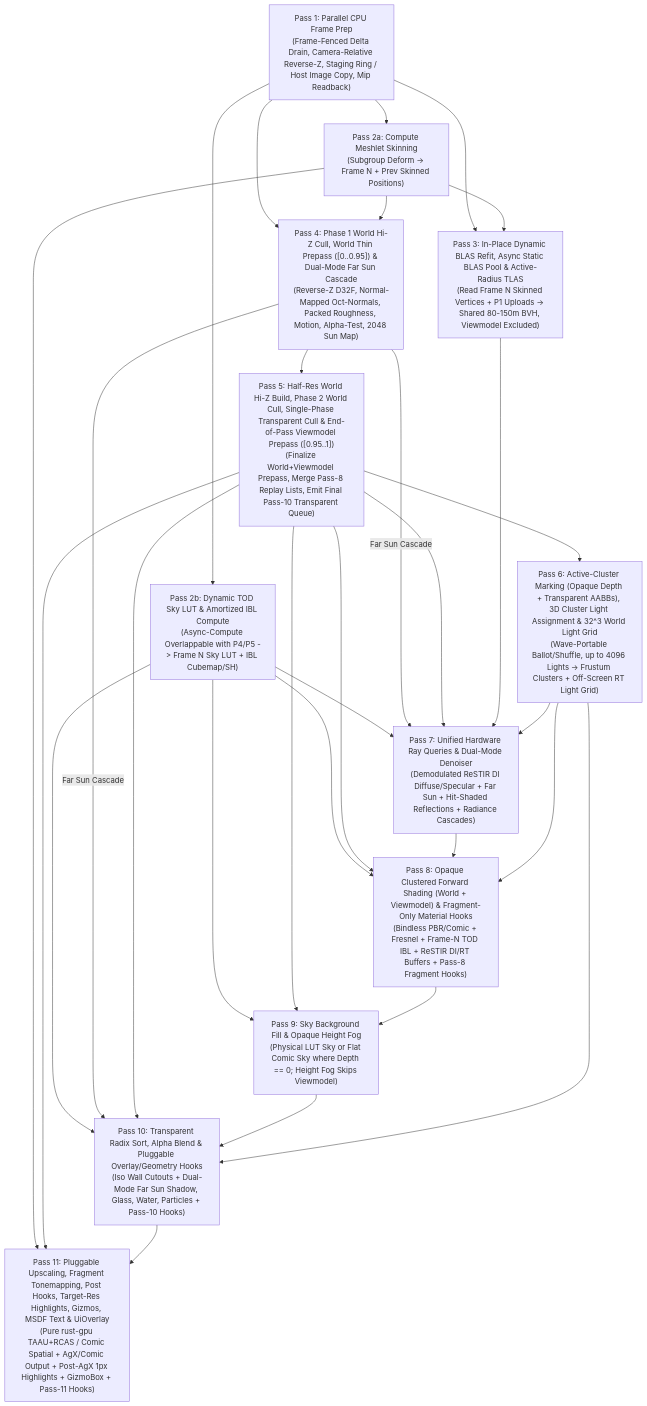
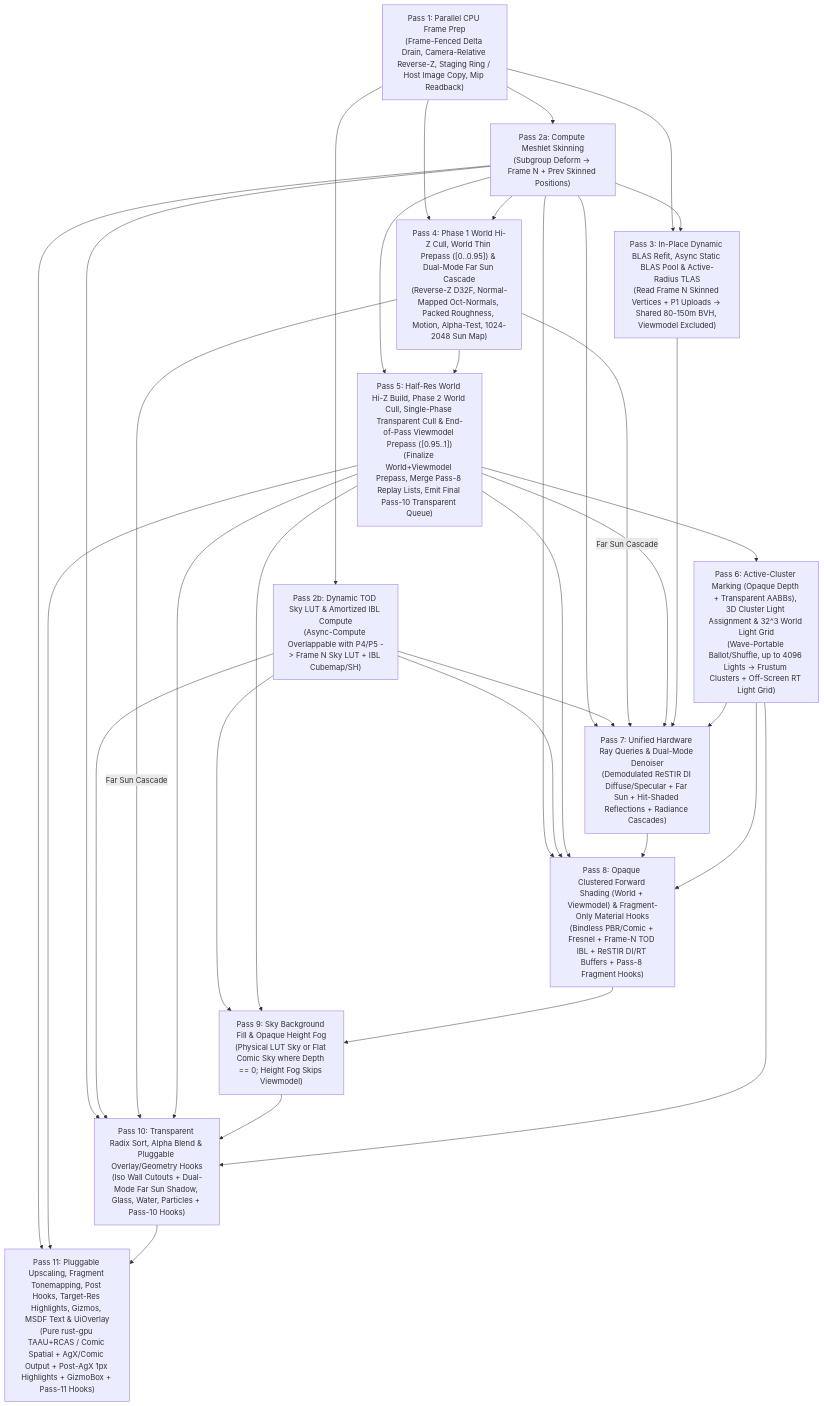
The diagram in docs/graphics-architecture.md (dragon-engine/dragon-engine), drawn with Mermaid before and after one commit. The commit also changed other lines of this file and 1 other file, not shown here.

First line of the commit message:
Refine graphics settings and plan details

````diff
--- a/docs/graphics-architecture.md
+++ b/docs/graphics-architecture.md
@@ -45,44 +45,48 @@
 ```mermaid
 flowchart TD
     P1["Pass 1: Parallel CPU Frame Prep\n(Frame-Fenced Delta Drain, Camera-Relative Reverse-Z, Staging Ring / Host Image Copy, Mip Readback)"]
     P2A["Pass 2a: Compute Meshlet Skinning\n(Subgroup Deform -> Frame N + Prev Skinned Positions)"]
     P2B["Pass 2b: Dynamic TOD Sky LUT & Amortized IBL Compute\n(Async-Compute Overlappable with P4/P5 -> Frame N Sky LUT + IBL Cubemap/SH)"]
     P3["Pass 3: In-Place Dynamic BLAS Refit, Async Static BLAS Pool & Active-Radius TLAS\n(Read Frame N Skinned Vertices + P1 Uploads -> Shared 80-150m BVH, Viewmodel Excluded)"]
-    P4["Pass 4: Phase 1 World Hi-Z Cull, World Thin Prepass ([0..0.95]) & Dual-Mode Far Sun Cascade\n(Reverse-Z D32F, Normal-Mapped Oct-Normals, Packed Roughness, Motion, Alpha-Test, 2048 Sun Map)"]
+    P4["Pass 4: Phase 1 World Hi-Z Cull, World Thin Prepass ([0..0.95]) & Dual-Mode Far Sun Cascade\n(Reverse-Z D32F, Normal-Mapped Oct-Normals, Packed Roughness, Motion, Alpha-Test, 1024-2048 Sun Map)"]
     P5["Pass 5: Half-Res World Hi-Z Build, Phase 2 World Cull, Single-Phase Transparent Cull & End-of-Pass Viewmodel Prepass ([0.95..1])\n(Finalize World+Viewmodel Prepass, Merge Pass-8 Replay Lists, Emit Final Pass-10 Transparent Queue)"]
     P6["Pass 6: Active-Cluster Marking (Opaque Depth + Transparent AABBs), 3D Cluster Light Assignment & 32^3 World Light Grid\n(Wave-Portable Ballot/Shuffle, up to 4096 Lights -> Frustum Clusters + Off-Screen RT Light Grid)"]
     P7["Pass 7: Unified Hardware Ray Queries & Dual-Mode Denoiser\n(Demodulated ReSTIR DI Diffuse/Specular + Far Sun + Hit-Shaded Reflections + Radiance Cascades)"]
     P8["Pass 8: Opaque Clustered Forward Shading (World + Viewmodel) & Fragment-Only Material Hooks\n(Bindless PBR/Comic + Fresnel + Frame-N TOD IBL + ReSTIR DI/RT Buffers + Pass-8 Fragment Hooks)"]
     P9["Pass 9: Sky Background Fill & Opaque Height Fog\n(Physical LUT Sky or Flat Comic Sky where Depth == 0; Height Fog Skips Viewmodel)"]
     P10["Pass 10: Transparent Radix Sort, Alpha Blend & Pluggable Overlay/Geometry Hooks\n(Iso Wall Cutouts + Dual-Mode Far Sun Shadow, Glass, Water, Particles + Pass-10 Hooks)"]
     P11["Pass 11: Pluggable Upscaling, Fragment Tonemapping, Post Hooks, Target-Res Highlights, Gizmos, MSDF Text & UiOverlay\n(Pure rust-gpu TAAU+RCAS / Comic Spatial + AgX/Comic Output + Post-AgX 1px Highlights + GizmoBox + Pass-11 Hooks)"]
 
     P1 --> P2A
     P1 --> P2B
     P1 --> P3
     P1 --> P4
     P2A --> P3
     P2A --> P4
+    P2A --> P5
+    P2A --> P7
+    P2A --> P8
+    P2A --> P10
     P2A --> P11
     P2B --> P7
     P2B --> P8
     P2B --> P9
     P2B --> P10
     P4 --> P5
     P4 -->|Far Sun Cascade| P7
     P4 -->|Far Sun Cascade| P10
     P5 --> P6
     P5 --> P7
     P5 --> P8
     P5 --> P9
     P5 --> P10
     P5 --> P11
     P3 --> P7
     P6 --> P7
     P7 --> P8
     P6 --> P8
     P8 --> P9
     P9 --> P10
     P6 --> P10
     P10 --> P11
 ```
````
